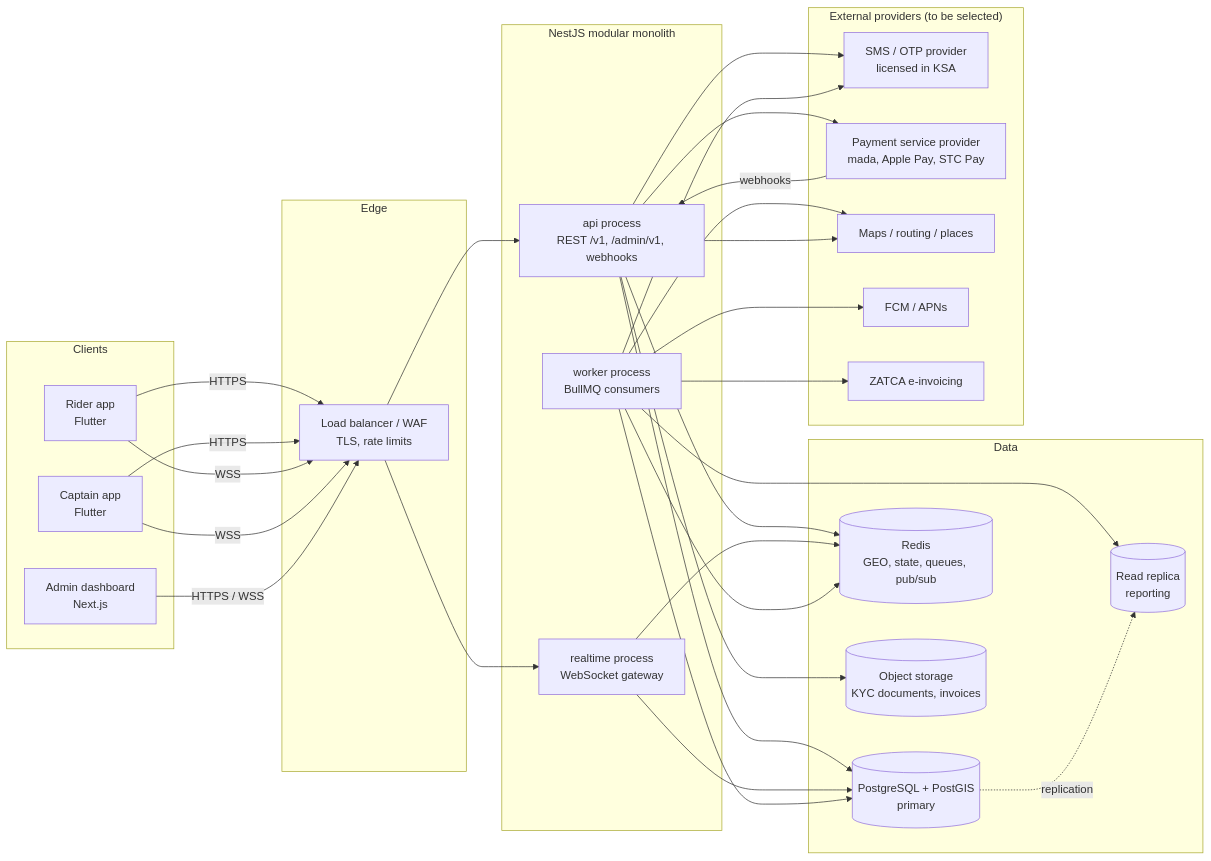
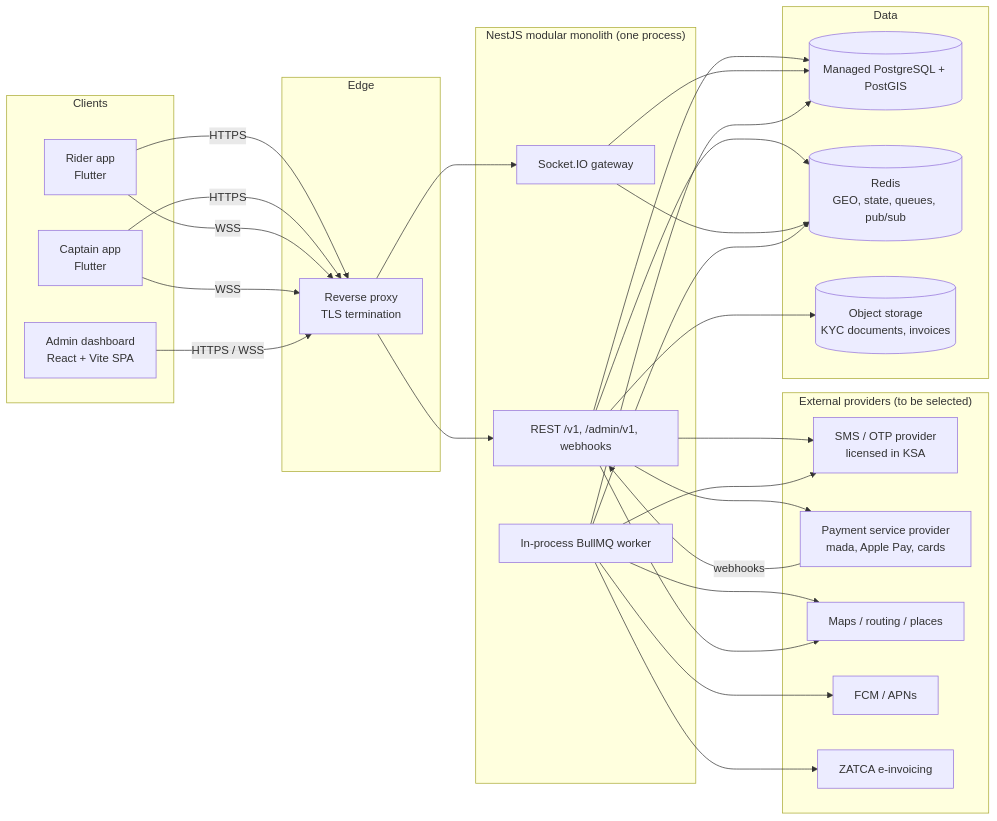
One commit to jksoftwaresolutions/mashwar-prototype changed the first of 3 diagrams in docs/phase1/07-backend-architecture.md. Above: the diagram before and after it, drawn with Mermaid. The commit also changed other lines of this file and 286 other files, not shown here.

````diff
--- a/docs/phase1/07-backend-architecture.md
+++ b/docs/phase1/07-backend-architecture.md
@@ -40,56 +42,53 @@
 ```mermaid
 flowchart LR
   subgraph Clients
     RA[Rider app<br/>Flutter]
     CA[Captain app<br/>Flutter]
-    AD[Admin dashboard<br/>Next.js]
+    AD[Admin dashboard<br/>React + Vite SPA]
   end
 
   subgraph Edge
-    LB[Load balancer / WAF<br/>TLS, rate limits]
+    LB[Reverse proxy<br/>TLS termination]
   end
 
-  subgraph Backend["NestJS modular monolith"]
-    API[api process<br/>REST /v1, /admin/v1, webhooks]
-    RT[realtime process<br/>WebSocket gateway]
-    WK[worker process<br/>BullMQ consumers]
+  subgraph Backend["NestJS modular monolith (one process)"]
+    API[REST /v1, /admin/v1, webhooks]
+    RT[Socket.IO gateway]
+    WK[In-process BullMQ worker]
   end
 
   subgraph Data
-    PG[(PostgreSQL + PostGIS<br/>primary)]
-    PGR[(Read replica<br/>reporting)]
+    PG[(Managed PostgreSQL + PostGIS)]
     RD[(Redis<br/>GEO, state, queues, pub/sub)]
     OS[(Object storage<br/>KYC documents, invoices)]
   end
 
   subgraph External["External providers (to be selected)"]
     SMS[SMS / OTP provider<br/>licensed in KSA]
-    PSP[Payment service provider<br/>mada, Apple Pay, STC Pay]
+    PSP[Payment service provider<br/>mada, Apple Pay, cards]
     MAPS[Maps / routing / places]
     PUSH[FCM / APNs]
     ZATCA[ZATCA e-invoicing]
   end
 
   RA & CA -->|HTTPS| LB
   RA & CA -->|WSS| LB
   AD -->|HTTPS / WSS| LB
   LB --> API
   LB --> RT
   API --> PG
   API --> RD
   API --> OS
   RT --> RD
   RT --> PG
   WK --> PG
   WK --> RD
-  WK --> PGR
   API --> PSP
   PSP -->|webhooks| API
   API --> SMS
   WK --> SMS
   WK --> PUSH
   WK --> MAPS
   API --> MAPS
   WK --> ZATCA
-  PG -. replication .-> PGR
 ```
````
